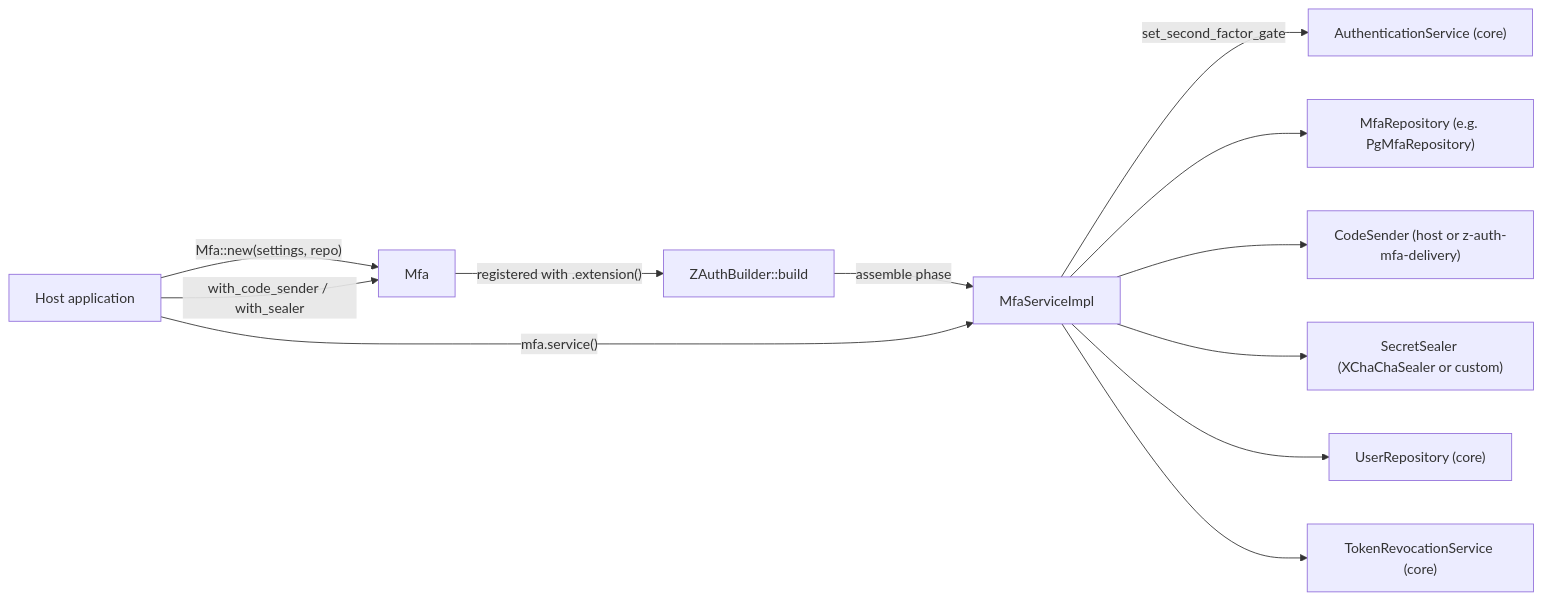
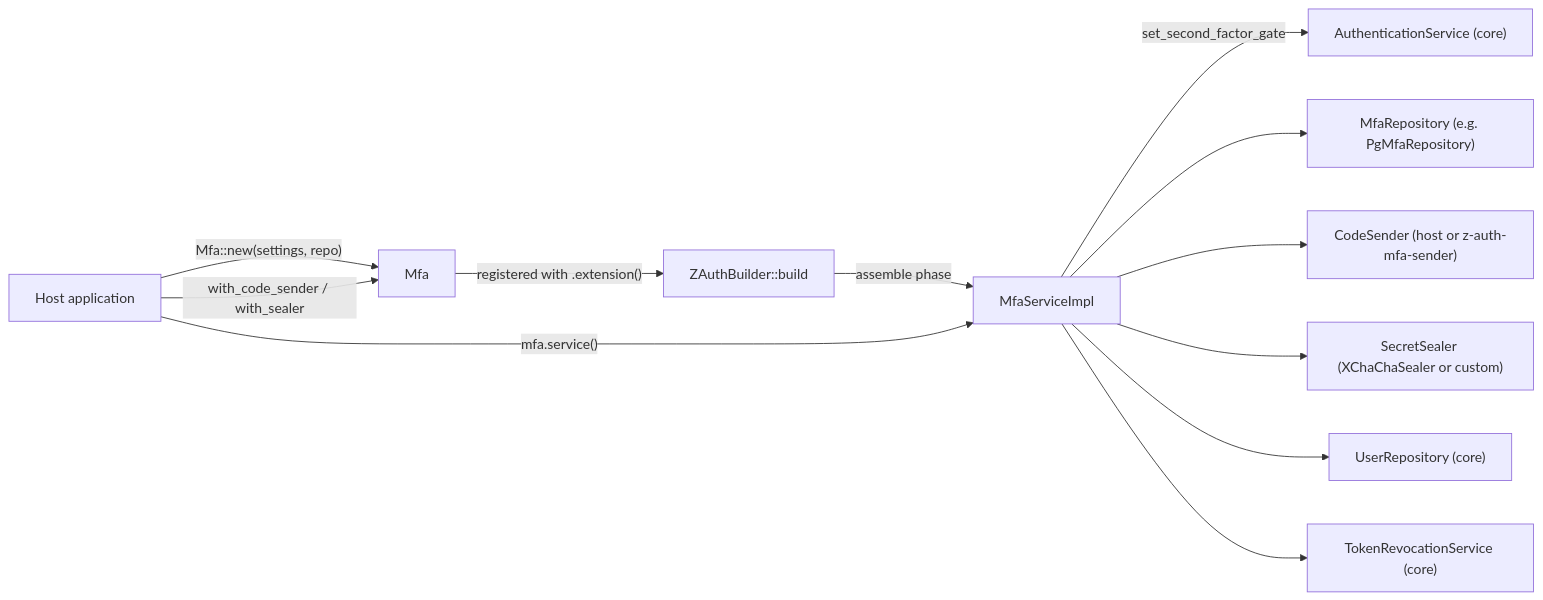
Before and after one commit to eugenezimin/auth-lib: the diagram in adapters/mfa/README.md, drawn with Mermaid. The commit also changed other lines of this file and 25 other files, not shown here.

First line of the commit message:
Make the delivery crate z-auth-mfa's subcrate z-auth-mfa-sender

````diff
--- a/adapters/mfa/README.md
+++ b/adapters/mfa/README.md
@@ -21,14 +21,14 @@
 ```mermaid
 flowchart LR
     Host["Host application"] -->|"Mfa::new(settings, repo)"| Mfa
     Host -->|"with_code_sender / with_sealer"| Mfa
     Mfa -->|"registered with .extension()"| Builder["ZAuthBuilder::build"]
     Builder -->|"assemble phase"| Svc["MfaServiceImpl"]
     Svc -->|"set_second_factor_gate"| Auth["AuthenticationService (core)"]
     Svc --> Repo["MfaRepository (e.g. PgMfaRepository)"]
-    Svc --> Sender["CodeSender (host or z-auth-mfa-delivery)"]
+    Svc --> Sender["CodeSender (host or z-auth-mfa-sender)"]
     Svc --> Sealer["SecretSealer (XChaChaSealer or custom)"]
     Svc --> Users["UserRepository (core)"]
     Svc --> Revocation["TokenRevocationService (core)"]
     Host -->|"mfa.service()"| Svc
 ```
````
